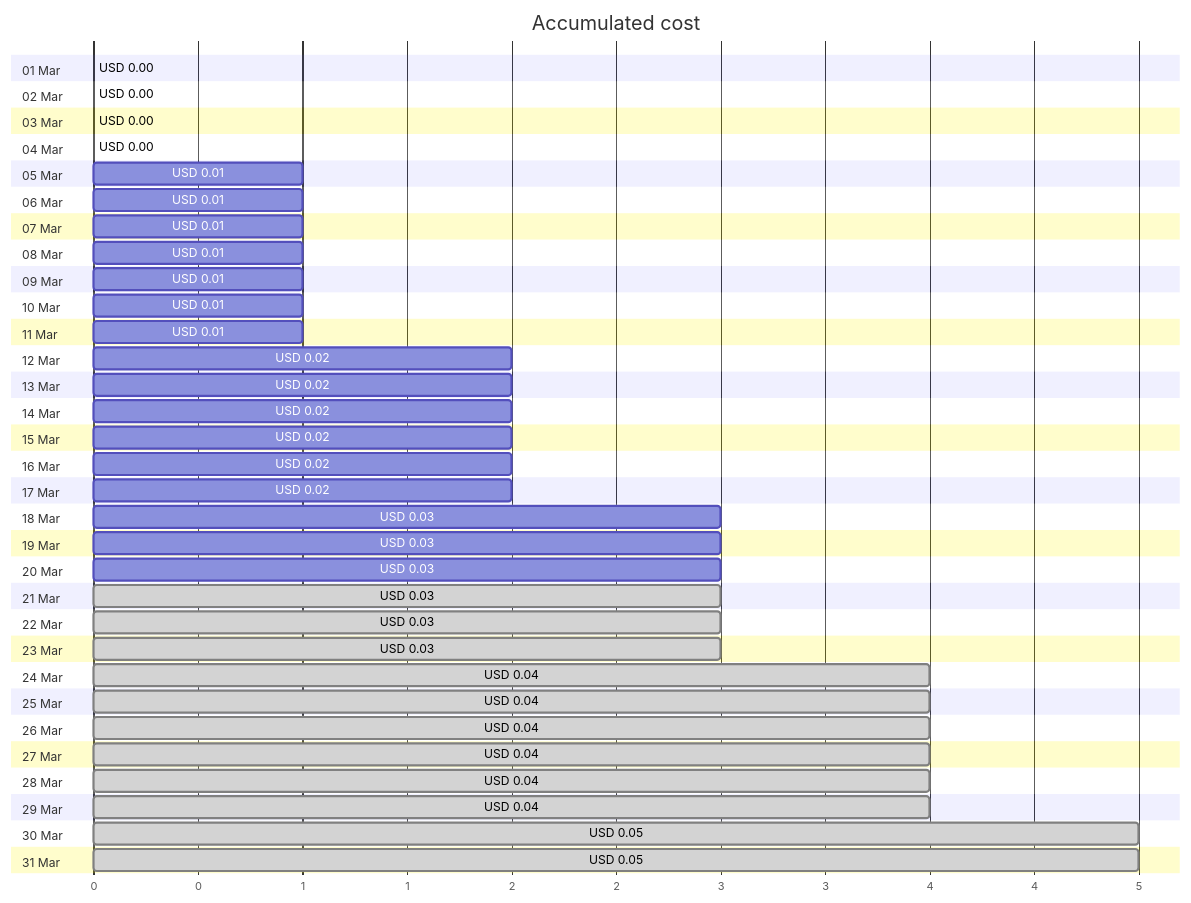
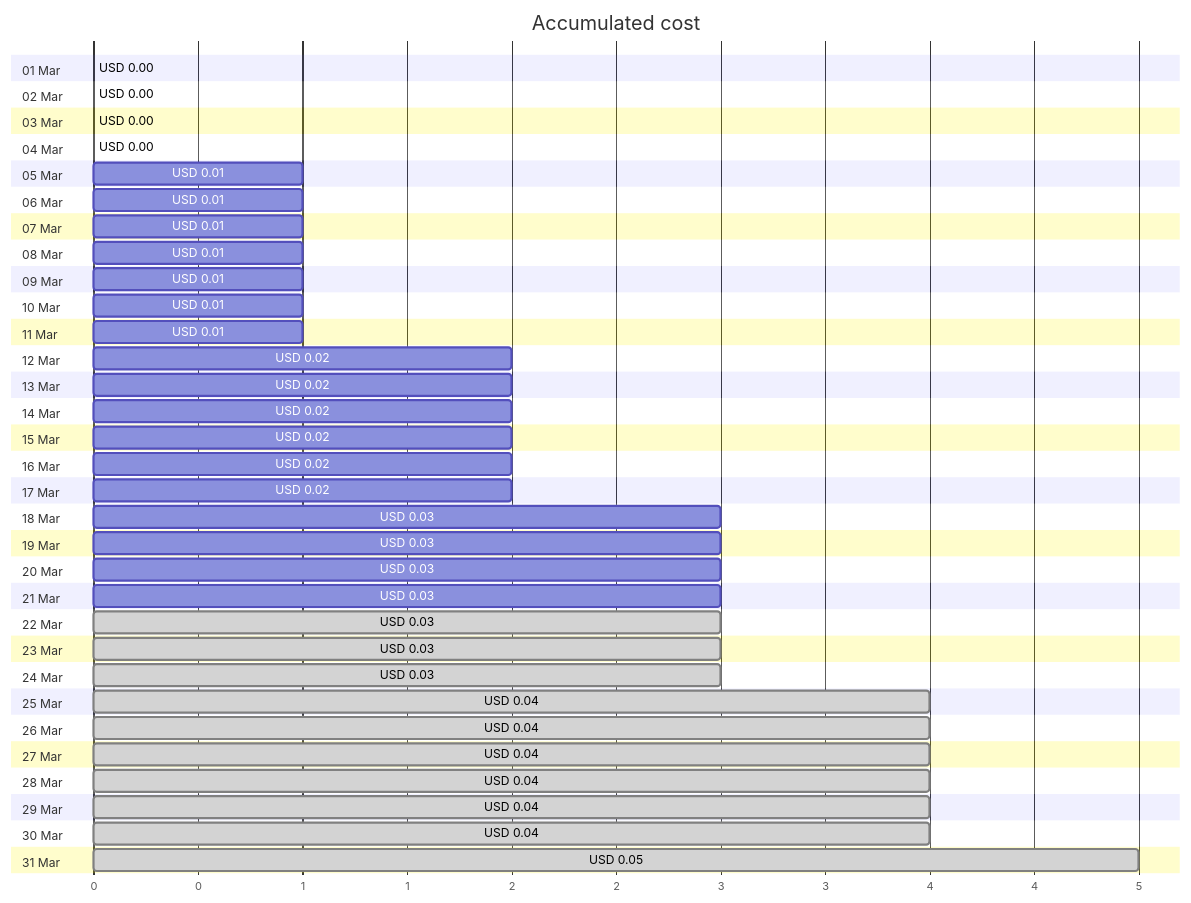
One commit to jpfulton/azure-personal-reports changed the first of 4 diagrams in cost-reports/personal-site/personalsiteapistorage.md. Above: the diagram before and after it, drawn with Mermaid. The commit also changed other lines of this file and 6 other files, not shown here.

````diff
--- a/cost-reports/personal-site/personalsiteapistorage.md
+++ b/cost-reports/personal-site/personalsiteapistorage.md
@@ -20,68 +20,68 @@
 ```mermaid
 gantt
    title Accumulated cost
    dateFormat  X
    axisFormat %s
    section 01 Mar
    USD 0.00 :0, 0
    section 02 Mar
    USD 0.00 :0, 0
    section 03 Mar
    USD 0.00 :0, 0
    section 04 Mar
    USD 0.00 :0, 0
    section 05 Mar
    USD 0.01 :0, 1
    section 06 Mar
    USD 0.01 :0, 1
    section 07 Mar
    USD 0.01 :0, 1
    section 08 Mar
    USD 0.01 :0, 1
    section 09 Mar
    USD 0.01 :0, 1
    section 10 Mar
    USD 0.01 :0, 1
    section 11 Mar
    USD 0.01 :0, 1
    section 12 Mar
    USD 0.02 :0, 2
    section 13 Mar
    USD 0.02 :0, 2
    section 14 Mar
    USD 0.02 :0, 2
    section 15 Mar
    USD 0.02 :0, 2
    section 16 Mar
    USD 0.02 :0, 2
    section 17 Mar
    USD 0.02 :0, 2
    section 18 Mar
    USD 0.03 :0, 3
    section 19 Mar
    USD 0.03 :0, 3
    section 20 Mar
    USD 0.03 :0, 3
    section 21 Mar
-   USD 0.03 : done, 0, 3
+   USD 0.03 :0, 3
    section 22 Mar
    USD 0.03 : done, 0, 3
    section 23 Mar
    USD 0.03 : done, 0, 3
    section 24 Mar
-   USD 0.04 : done, 0, 4
+   USD 0.03 : done, 0, 3
    section 25 Mar
    USD 0.04 : done, 0, 4
    section 26 Mar
    USD 0.04 : done, 0, 4
    section 27 Mar
    USD 0.04 : done, 0, 4
    section 28 Mar
    USD 0.04 : done, 0, 4
    section 29 Mar
    USD 0.04 : done, 0, 4
    section 30 Mar
-   USD 0.05 : done, 0, 5
+   USD 0.04 : done, 0, 4
    section 31 Mar
    USD 0.05 : done, 0, 5
 ```
````
